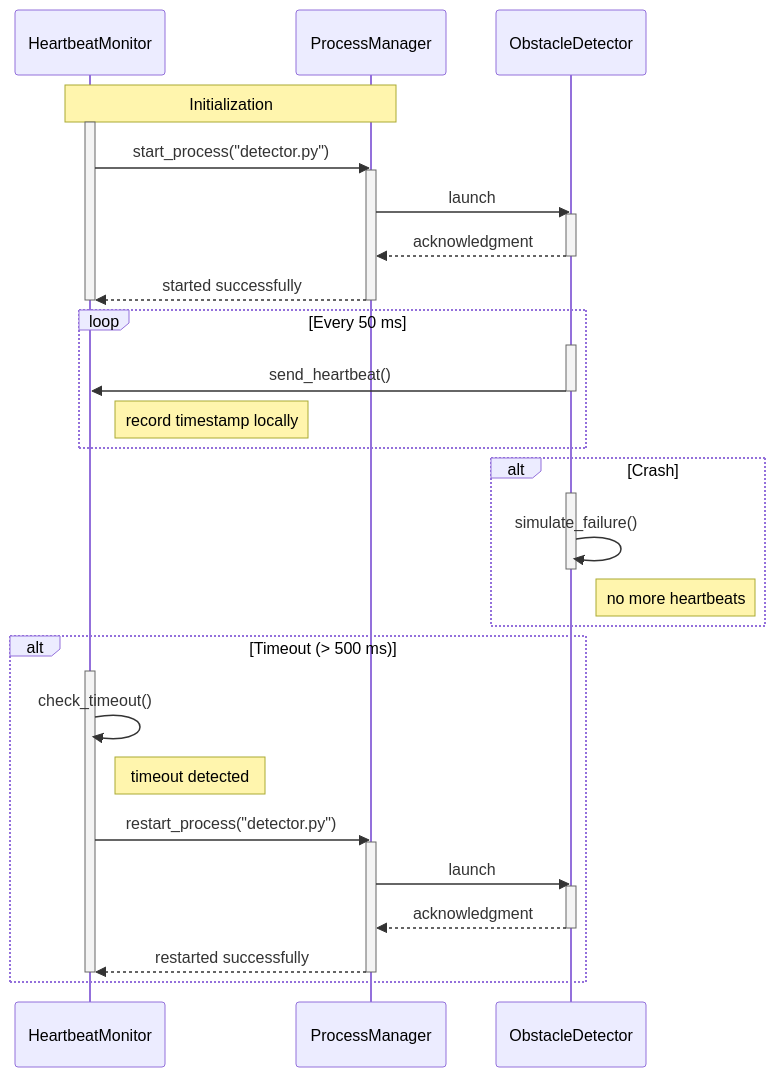
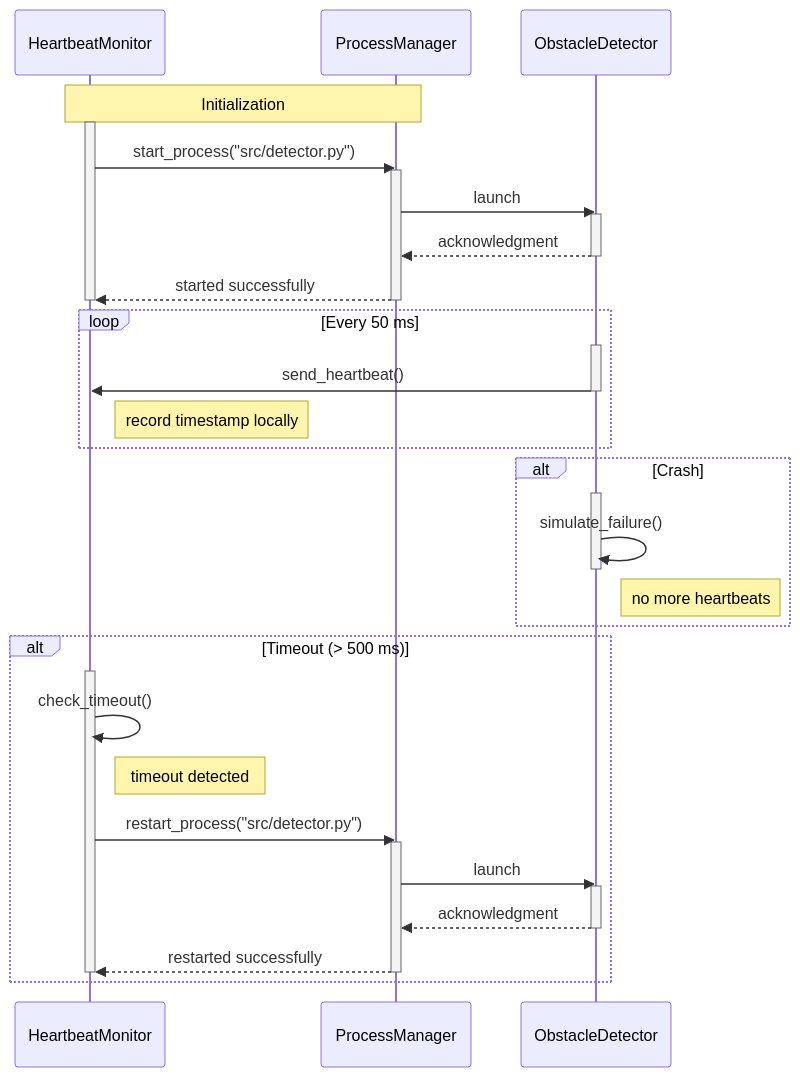
One commit to ajbarea/heartbeat-obstacle-detector changed the second of 2 diagrams in README.md. Above: the diagram before and after it, drawn with Mermaid. The commit also changed other lines of this file and 11 other files, not shown here.

````diff
--- a/README.md
+++ b/README.md
@@ -79,47 +85,47 @@
 ```mermaid
 sequenceDiagram
     participant M as HeartbeatMonitor
     participant P as ProcessManager
     participant W as ObstacleDetector
 
     Note over M,P: Initialization
     activate M
-    M->>P: start_process("detector.py")
+    M->>P: start_process("src/detector.py")
     activate P
     P->>W: launch
     activate W
     W-->>P: acknowledgment
     deactivate W
     P-->>M: started successfully
     deactivate P
     deactivate M
 
     loop Every 50 ms
         activate W
         W->>M: send_heartbeat()
         deactivate W
         Note right of M: record timestamp locally
     end
 
     alt Crash
         activate W
         W->>W: simulate_failure()
         deactivate W
         Note right of W: no more heartbeats
     end
 
     alt Timeout (> 500 ms)
         activate M
         M->>M: check_timeout()
         Note right of M: timeout detected
-        M->>P: restart_process("detector.py")
+        M->>P: restart_process("src/detector.py")
         activate P
         P->>W: launch
         activate W
         W-->>P: acknowledgment
         deactivate W
         P-->>M: restarted successfully
         deactivate P
         deactivate M
     end
 ```
````
